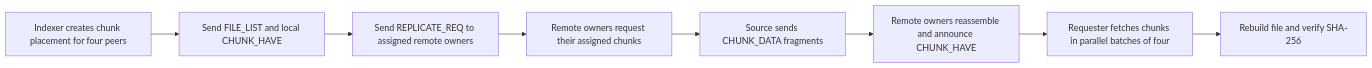
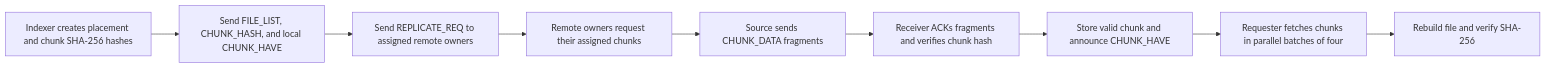
One commit to usman-irshad1/p2p changed the third of 3 diagrams in Readme.md. Above: the diagram before and after it, drawn with Mermaid. The commit also changed other lines of this file and 4 other files, not shown here.

Commit message:
Verify replicated chunks with SHA-256

````diff
--- a/Readme.md
+++ b/Readme.md
@@ -128,10 +130,11 @@
 ```mermaid
 flowchart LR
-    A[Indexer creates chunk placement for four peers] --> B[Send FILE_LIST and local CHUNK_HAVE]
+    A[Indexer creates placement and chunk SHA-256 hashes] --> B[Send FILE_LIST, CHUNK_HASH, and local CHUNK_HAVE]
     B --> C[Send REPLICATE_REQ to assigned remote owners]
     C --> D[Remote owners request their assigned chunks]
     D --> E[Source sends CHUNK_DATA fragments]
-    E --> F[Remote owners reassemble and announce CHUNK_HAVE]
-    F --> G[Requester fetches chunks in parallel batches of four]
+    E --> F[Receiver ACKs fragments and verifies chunk hash]
+    F --> F2[Store valid chunk and announce CHUNK_HAVE]
+    F2 --> G[Requester fetches chunks in parallel batches of four]
     G --> H[Rebuild file and verify SHA-256]
 ```
````
